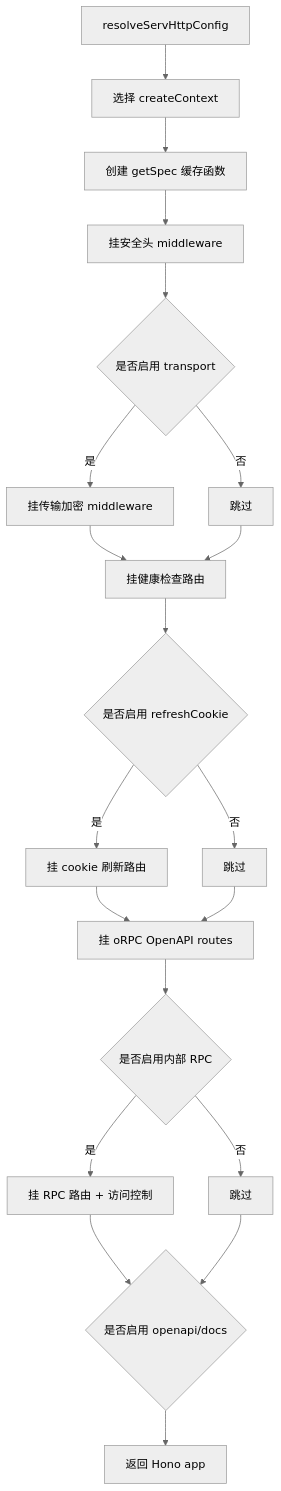
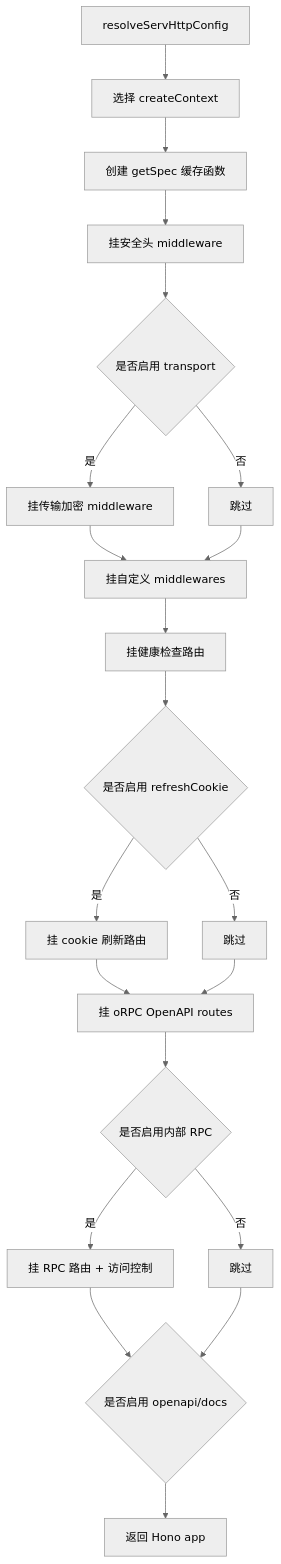
Before and after one commit to hai-series/hai-framework: the diagram in packages/serv/EXECUTION-FLOW.md, drawn with Mermaid (neutral theme). The commit also changed other lines of this file and 6 other files, not shown here.

Commit message:
feat: add support for custom middleware in createApp and enhance transport configuration

````diff
--- a/packages/serv/EXECUTION-FLOW.md
+++ b/packages/serv/EXECUTION-FLOW.md
@@ -108,22 +108,23 @@
 ```mermaid
 flowchart TD
   A[resolveServHttpConfig] --> B[选择 createContext]
   B --> C[创建 getSpec 缓存函数]
   C --> D[挂安全头 middleware]
   D --> E{是否启用 transport}
-  E -- 是 --> F[挂传输加密 middleware]
-  E -- 否 --> G[跳过]
-  F --> H[挂健康检查路由]
-  G --> H
-  H --> I{是否启用 refreshCookie}
-  I -- 是 --> J[挂 cookie 刷新路由]
-  I -- 否 --> K[跳过]
-  J --> L[挂 oRPC OpenAPI routes]
-  K --> L
-  L --> M{是否启用内部 RPC}
-  M -- 是 --> N[挂 RPC 路由 + 访问控制]
-  M -- 否 --> O[跳过]
-  N --> P{是否启用 openapi/docs}
-  O --> P
-  P --> Q[返回 Hono app]
+   E -- 是 --> F[挂传输加密 middleware]
+   E -- 否 --> G[跳过]
+   F --> H[挂自定义 middlewares]
+   G --> H
+   H --> I[挂健康检查路由]
+   I --> J{是否启用 refreshCookie}
+   J -- 是 --> K[挂 cookie 刷新路由]
+   J -- 否 --> L[跳过]
+   K --> M[挂 oRPC OpenAPI routes]
+   L --> M
+   M --> N{是否启用内部 RPC}
+   N -- 是 --> O[挂 RPC 路由 + 访问控制]
+   N -- 否 --> P[跳过]
+   O --> Q{是否启用 openapi/docs}
+   P --> Q
+   Q --> R[返回 Hono app]
 ```
````
